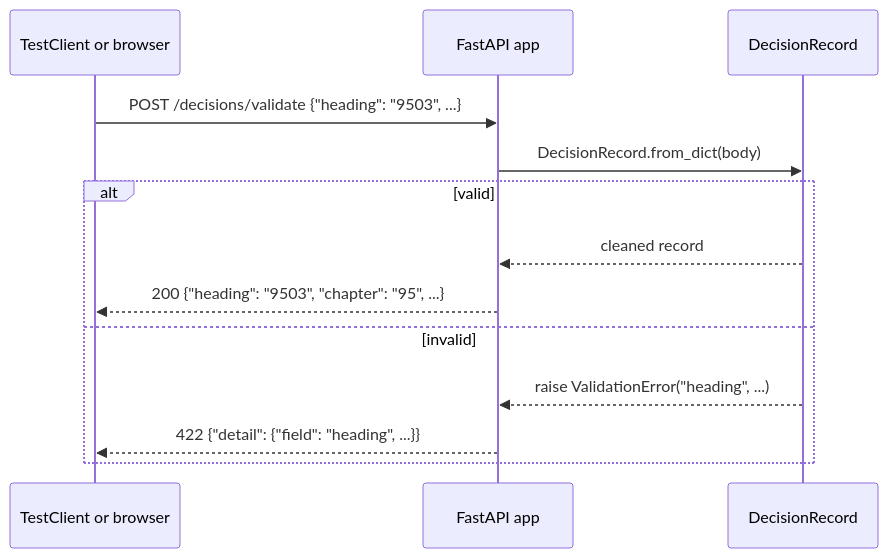
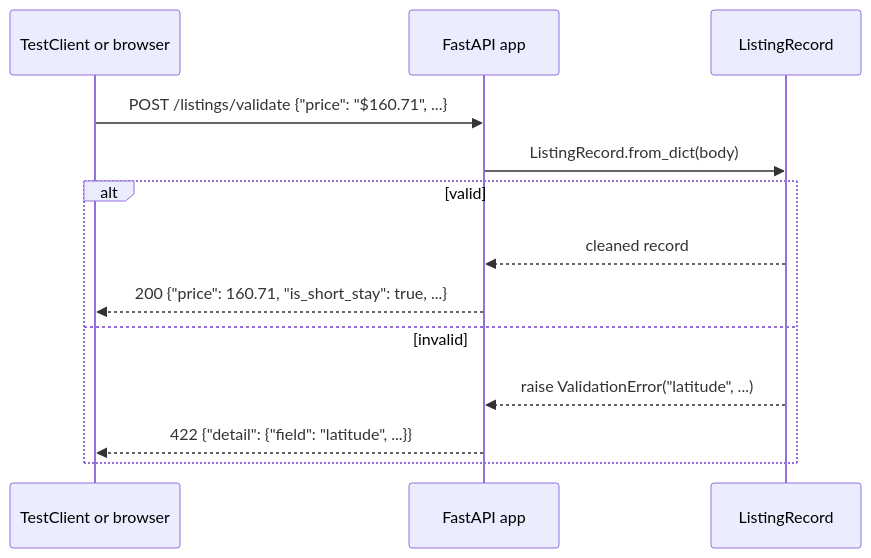
The fourth of 4 diagrams in sessions/02-software-engineering/theory/02-web-apis.md (khoadaniel/statistical-programming-mpmd-htw-ws-2026), drawn with Mermaid before and after one commit. The commit also changed other lines of this file and 160 other files, not shown here.

````diff
--- a/sessions/02-software-engineering/theory/02-web-apis.md
+++ b/sessions/02-software-engineering/theory/02-web-apis.md
@@ -265,15 +301,15 @@
 ```mermaid
 sequenceDiagram
   participant T as TestClient or browser
   participant F as FastAPI app
-  participant R as DecisionRecord
-  T->>F: POST /decisions/validate {"heading": "9503", ...}
-  F->>R: DecisionRecord.from_dict(body)
+  participant R as ListingRecord
+  T->>F: POST /listings/validate {"price": "$160.71", ...}
+  F->>R: ListingRecord.from_dict(body)
   alt valid
     R-->>F: cleaned record
-    F-->>T: 200 {"heading": "9503", "chapter": "95", ...}
+    F-->>T: 200 {"price": 160.71, "is_short_stay": true, ...}
   else invalid
-    R-->>F: raise ValidationError("heading", ...)
-    F-->>T: 422 {"detail": {"field": "heading", ...}}
+    R-->>F: raise ValidationError("latitude", ...)
+    F-->>T: 422 {"detail": {"field": "latitude", ...}}
   end
 ```
````
